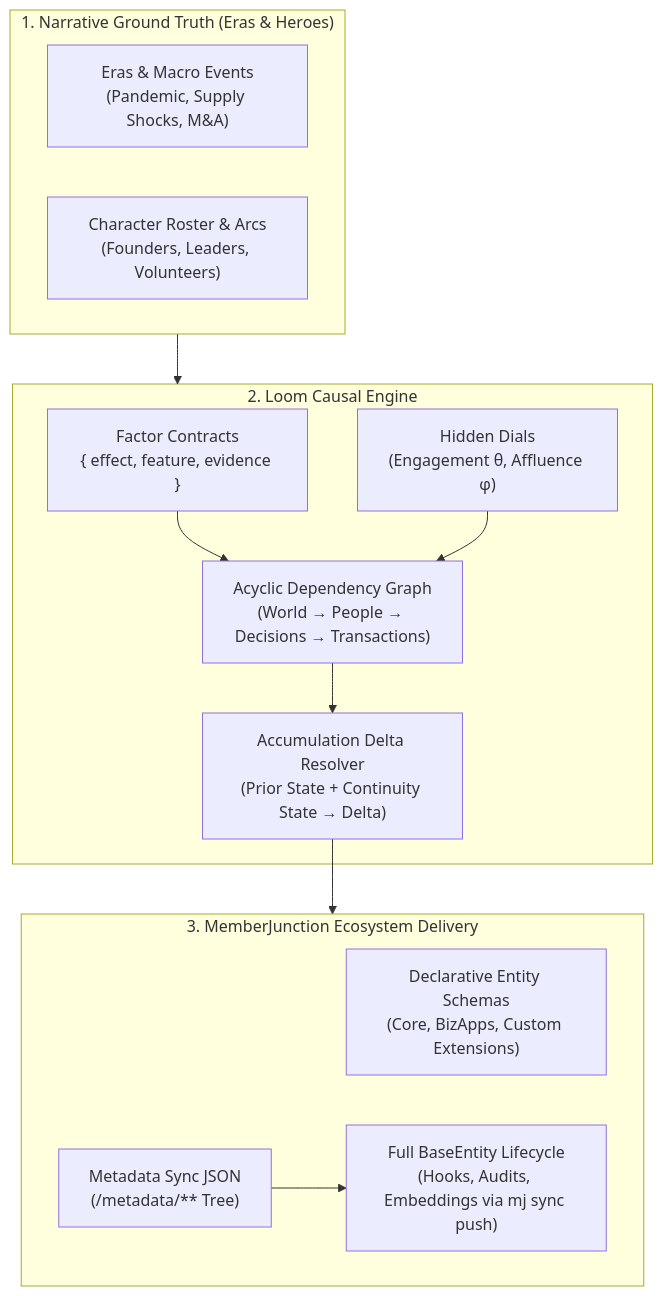
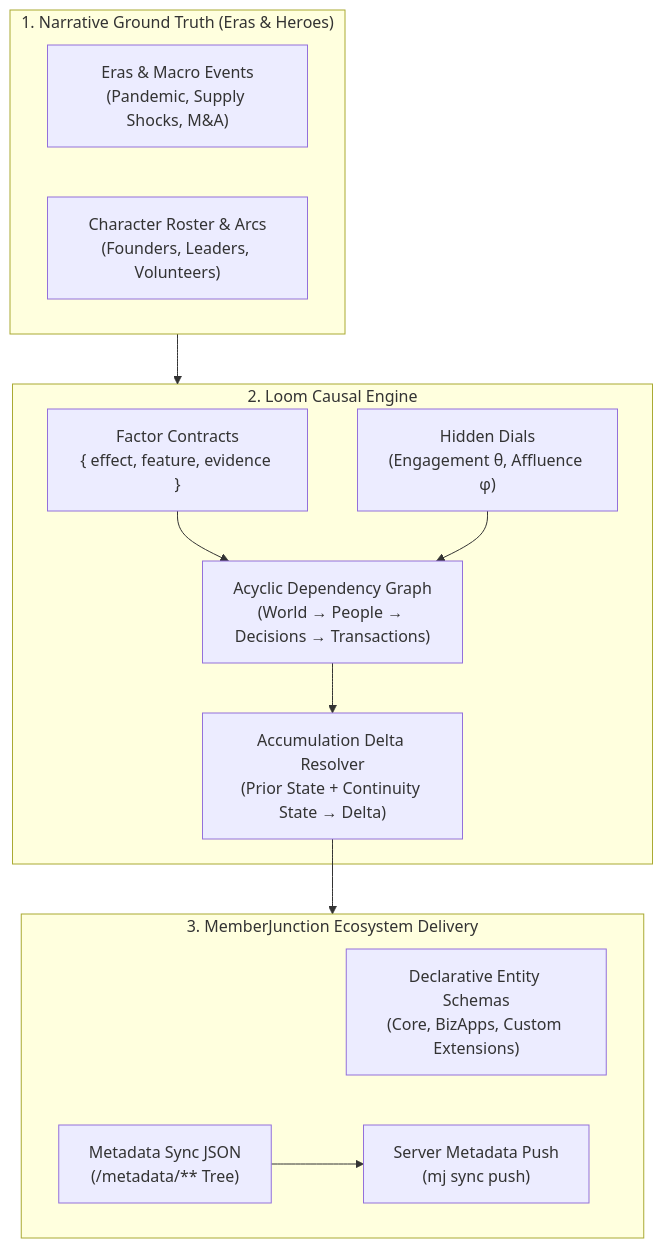
Before and after one commit to MemberJunction/loom: the diagram in README.md, drawn with Mermaid. The commit also changed other lines of this file and 18 other files, not shown here.

````diff
--- a/README.md
+++ b/README.md
@@ -34,27 +34,27 @@
 ```mermaid
 flowchart TD
     subgraph Narrative ["1. Narrative Ground Truth (Eras & Heroes)"]
         NB["Eras & Macro Events<br/>(Pandemic, Supply Shocks, M&A)"]
         CH["Character Roster & Arcs<br/>(Founders, Leaders, Volunteers)"]
     end
 
     subgraph LoomEngine ["2. Loom Causal Engine"]
         FG["Factor Contracts<br/>{ effect, feature, evidence }"]
         HD["Hidden Dials<br/>(Engagement θ, Affluence φ)"]
         DAG["Acyclic Dependency Graph<br/>(World → People → Decisions → Transactions)"]
         ACC["Accumulation Delta Resolver<br/>(Prior State + Continuity State → Delta)"]
     end
 
     subgraph OutputStack ["3. MemberJunction Ecosystem Delivery"]
         OA["Declarative Entity Schemas<br/>(Core, BizApps, Custom Extensions)"]
         SYNC["Metadata Sync JSON<br/>(/metadata/** Tree)"]
-        BE["Full BaseEntity Lifecycle<br/>(Hooks, Audits, Embeddings via mj sync push)"]
+        BE["Server Metadata Push<br/>(mj sync push)"]
     end
 
     Narrative --> LoomEngine
     FG --> DAG
     HD --> DAG
     DAG --> ACC
     ACC --> OutputStack
     SYNC --> BE
 ```
````
